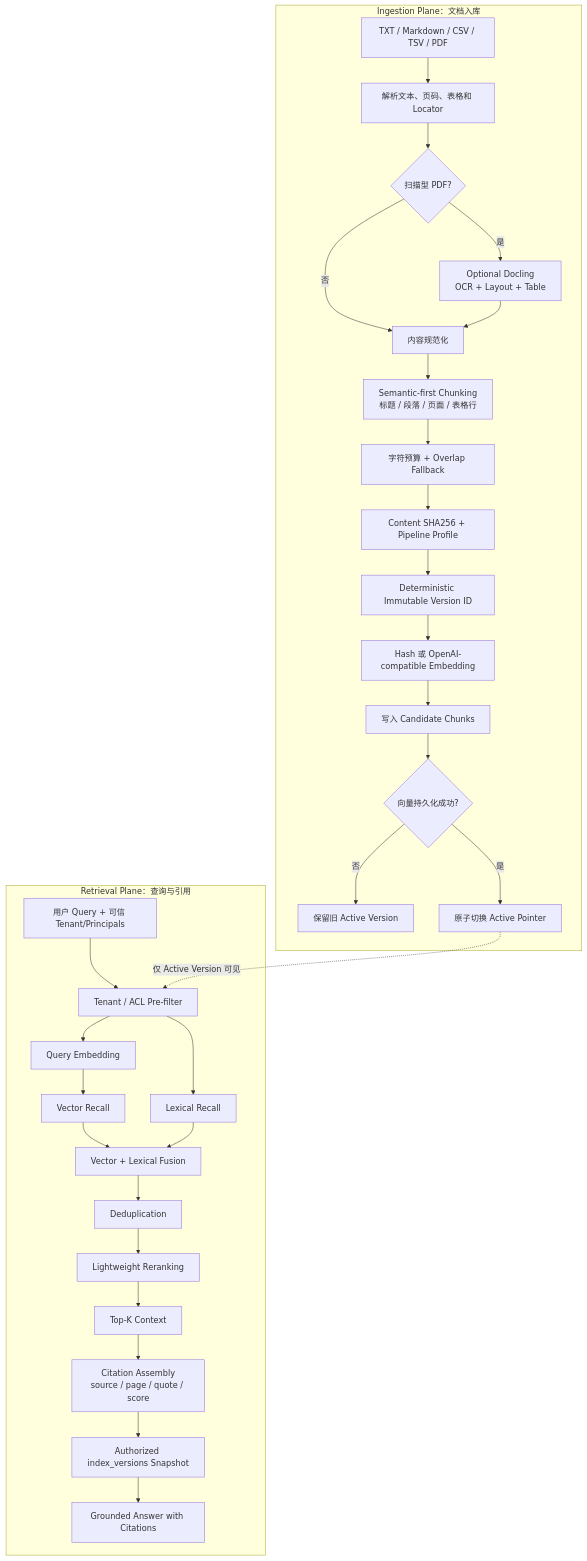
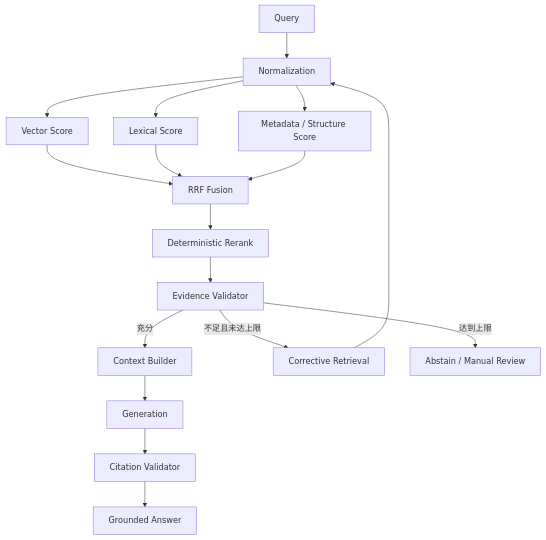
Before and after one commit to Cchena1/agentforge: the sixth of 6 diagrams in README.md, drawn with Mermaid. The commit also changed other lines of this file and 22 other files, not shown here.

Commit message:
feat: engineer Word and PDF RAG pipeline

````diff
--- a/README.md
+++ b/README.md
@@ -239,36 +295,14 @@
 ```mermaid
-flowchart TB
-    subgraph Ingestion["Ingestion Plane：文档入库"]
-        File["TXT / Markdown / CSV / TSV / PDF"] --> Parse["解析文本、页码、表格和 Locator"]
-        Parse --> Scan{"扫描型 PDF?"}
-        Scan -->|是| OCR["Optional Docling<br/>OCR + Layout + Table"]
-        Scan -->|否| Normalize["内容规范化"]
-        OCR --> Normalize
-        Normalize --> Chunk["Semantic-first Chunking<br/>标题 / 段落 / 页面 / 表格行"]
-        Chunk --> FallbackChunk["字符预算 + Overlap Fallback"]
-        FallbackChunk --> Hash["Content SHA256 + Pipeline Profile"]
-        Hash --> Version["Deterministic Immutable Version ID"]
-        Version --> Embed["Hash 或 OpenAI-compatible Embedding"]
-        Embed --> Candidate["写入 Candidate Chunks"]
-        Candidate --> Persist{"向量持久化成功?"}
-        Persist -->|否| KeepOld["保留旧 Active Version"]
-        Persist -->|是| Activate["原子切换 Active Pointer"]
-    end
-
-    subgraph Retrieval["Retrieval Plane：查询与引用"]
-        Query["用户 Query + 可信 Tenant/Principals"] --> Auth["Tenant / ACL Pre-filter"]
-        Auth --> QEmbed["Query Embedding"]
-        QEmbed --> Vector["Vector Recall"]
-        Auth --> Lexical["Lexical Recall"]
-        Vector --> Fusion["Vector + Lexical Fusion"]
-        Lexical --> Fusion
-        Fusion --> Dedup["Deduplication"]
-        Dedup --> Rerank["Lightweight Reranking"]
-        Rerank --> TopK["Top-K Context"]
-        TopK --> Cite["Citation Assembly<br/>source / page / quote / score"]
-        Cite --> Snapshot["Authorized index_versions Snapshot"]
-        Snapshot --> Answer["Grounded Answer with Citations"]
-    end
-
-    Activate -.->|仅 Active Version 可见| Auth
+flowchart TD
+    Q["Query"] --> N["Normalization"]
+    N --> V["Vector Score"]
+    N --> K["Lexical Score"]
+    N --> M["Metadata / Structure Score"]
+    V --> RRF["RRF Fusion"]
+    K --> RRF
+    M --> RRF
+    RRF --> RR["Deterministic Rerank"] --> EV["Evidence Validator"]
+    EV -->|充分| C["Context Builder"] --> LLM["Generation"] --> CV["Citation Validator"] --> A["Grounded Answer"]
+    EV -->|不足且未达上限| CR["Corrective Retrieval"] --> N
+    EV -->|达到上限| AB["Abstain / Manual Review"]
 ```
````
